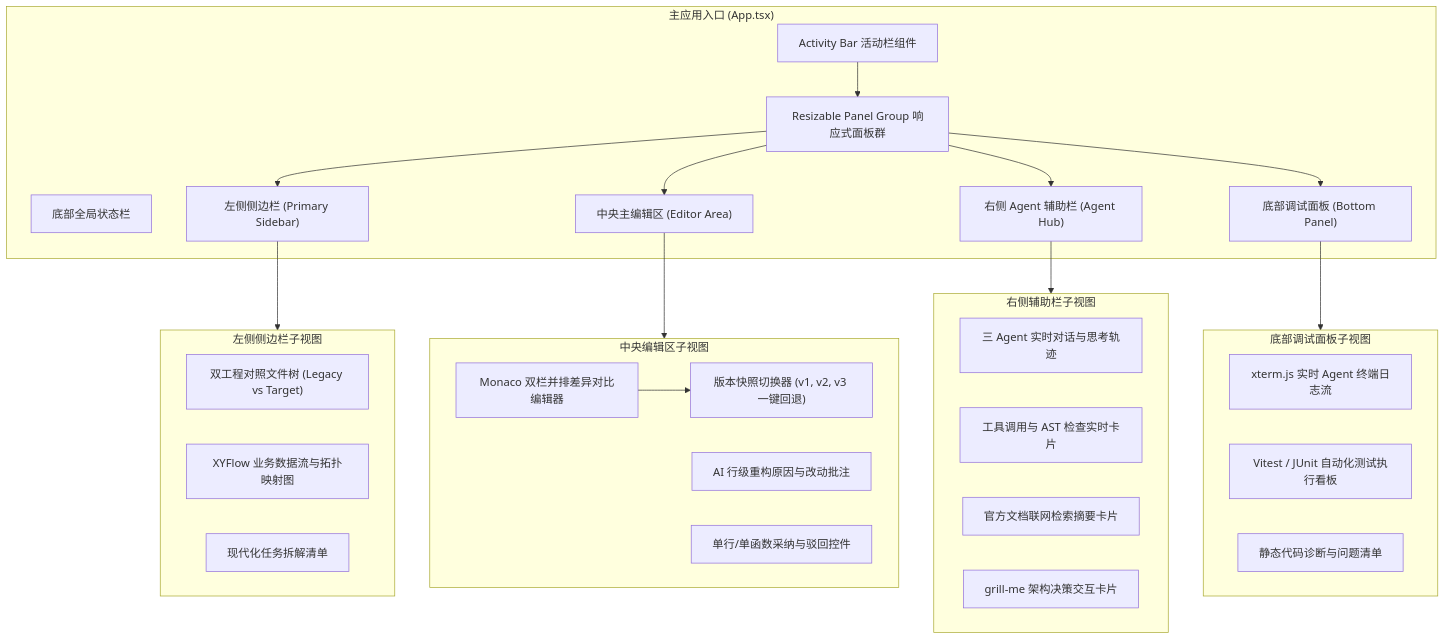
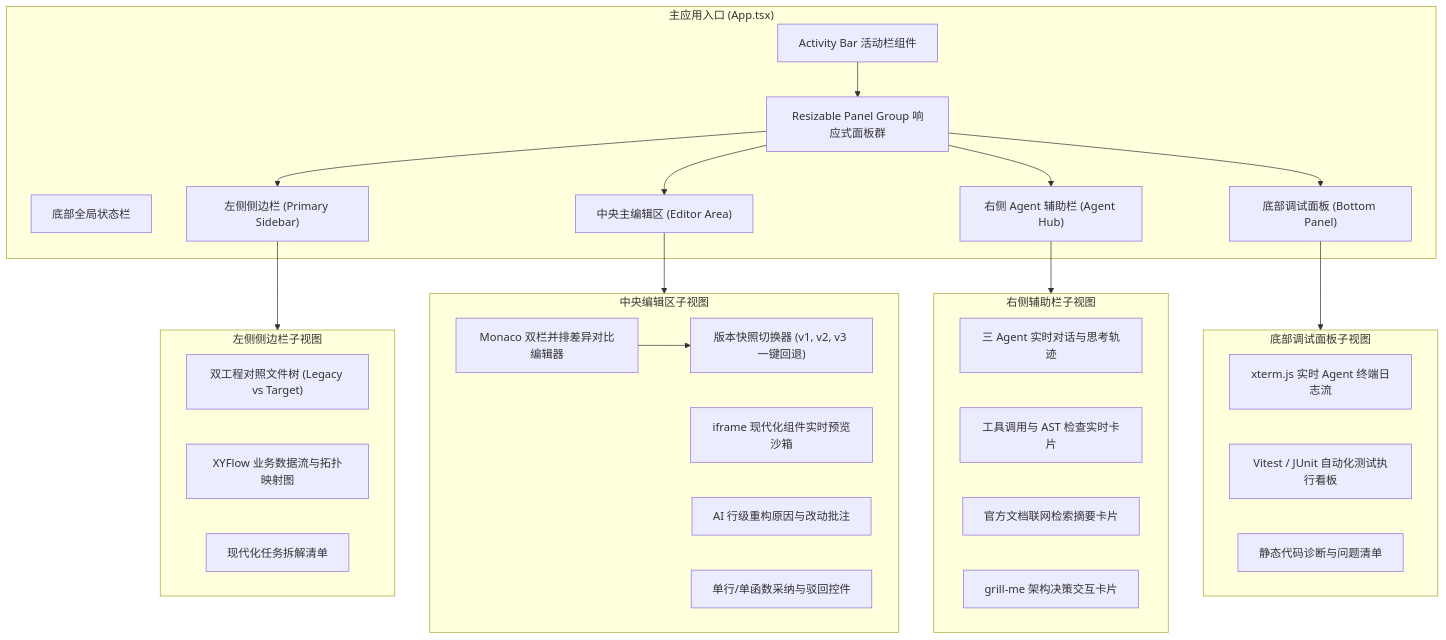
The sixth of 6 diagrams in docs/zh/architecture.md (SakuraCianna/LegacyCodeModernizer), drawn with Mermaid before and after one commit. The commit also changed other lines of this file and 1 other file, not shown here.

Commit message:
docs: 增补分层执行沙箱与前端 iframe 独立实时渲染架构规范

````diff
--- a/docs/zh/architecture.md
+++ b/docs/zh/architecture.md
@@ -208,46 +254,47 @@
 ```mermaid
 graph TB
     subgraph App ["主应用入口 (App.tsx)"]
         ActivityBar["Activity Bar 活动栏组件"]
         PanelGroup["Resizable Panel Group 响应式面板群"]
         StatusBar["底部全局状态栏"]
 
         ActivityBar --> PanelGroup
         PanelGroup --> LeftSidebar["左侧侧边栏 (Primary Sidebar)"]
         PanelGroup --> CenterEditor["中央主编辑区 (Editor Area)"]
         PanelGroup --> RightSidebar["右侧 Agent 辅助栏 (Agent Hub)"]
         PanelGroup --> BottomPanel["底部调试面板 (Bottom Panel)"]
     end
 
     subgraph LeftSidebarComponents ["左侧侧边栏子视图"]
         FileTree["双工程对照文件树 (Legacy vs Target)"]
         BusinessMap["XYFlow 业务数据流与拓扑映射图"]
         TaskRoadmap["现代化任务拆解清单"]
     end
 
     subgraph CenterEditorComponents ["中央编辑区子视图"]
         MonacoDiff["Monaco 双栏并排差异对比编辑器"]
+        LiveSandboxView["iframe 现代化组件实时预览沙箱"]
         VersionSelector["版本快照切换器 (v1, v2, v3 一键回退)"]
         RationaleBadge["AI 行级重构原因与改动批注"]
         InlineReview["单行/单函数采纳与驳回控件"]
         MonacoDiff --> VersionSelector
     end
 
     subgraph RightSidebarComponents ["右侧辅助栏子视图"]
         AgentChat["三 Agent 实时对话与思考轨迹"]
         ToolBadge["工具调用与 AST 检查实时卡片"]
         DocSnippet["官方文档联网检索摘要卡片"]
         GrillCard["grill-me 架构决策交互卡片"]
     end
 
     subgraph BottomPanelComponents ["底部调试面板子视图"]
         XtermTerminal["xterm.js 实时 Agent 终端日志流"]
         TestRunner["Vitest / JUnit 自动化测试执行看板"]
         LinterProblems["静态代码诊断与问题清单"]
     end
 
     LeftSidebar --> LeftSidebarComponents
     CenterEditor --> CenterEditorComponents
     RightSidebar --> RightSidebarComponents
     BottomPanel --> BottomPanelComponents
 ```
````
